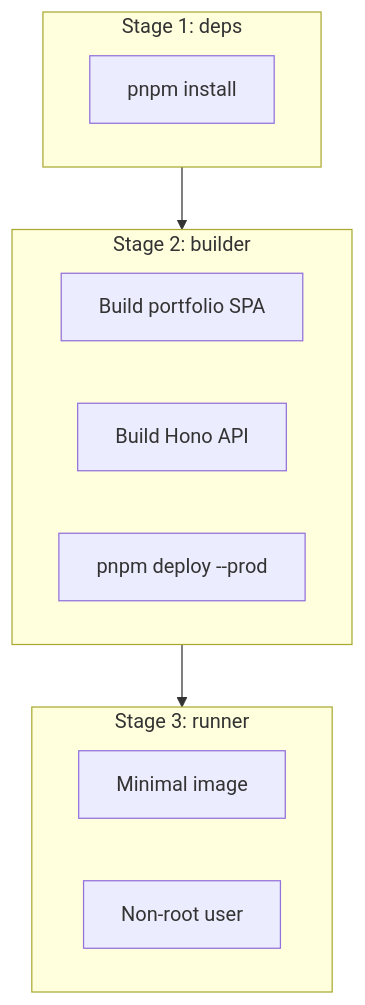
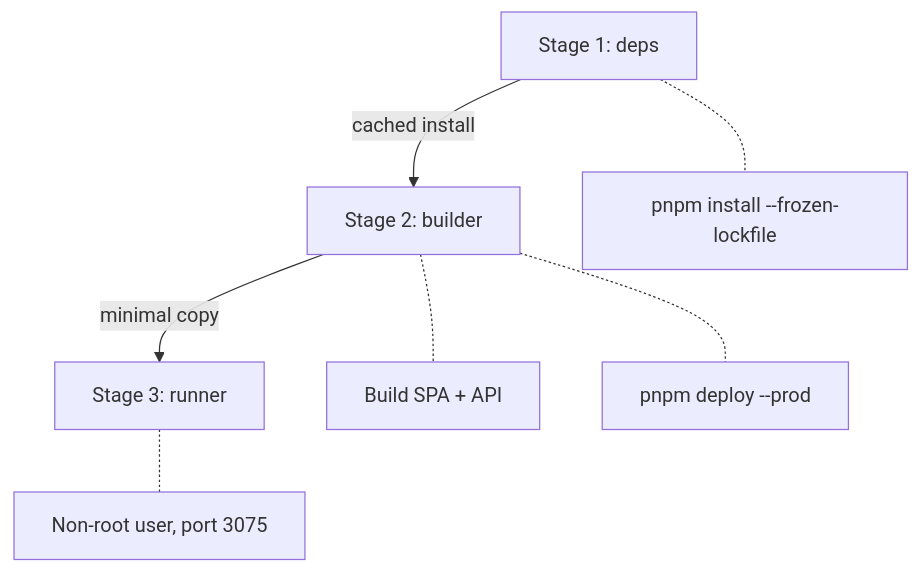
One commit to IsaiaScope/monorepoonfire changed the fourth of 5 diagrams in doc/architecture-overview.md. Above: the diagram before and after it, drawn with Mermaid. The commit also changed other lines of this file and 48 other files, not shown here.

````diff
--- a/doc/architecture-overview.md
+++ b/doc/architecture-overview.md
@@ -141,19 +109,14 @@
 ```mermaid
-flowchart TB
-    subgraph deps["Stage 1: deps"]
-        D1[pnpm install]
-    end
+graph TD
+    D[Stage 1: deps]
+    B[Stage 2: builder]
+    R[Stage 3: runner]
 
-    subgraph builder["Stage 2: builder"]
-        B1[Build portfolio SPA]
-        B2[Build Hono API]
-        B3[pnpm deploy --prod]
-    end
+    D -->|cached install| B
+    B -->|minimal copy| R
 
-    subgraph runner["Stage 3: runner"]
-        R1[Minimal image]
-        R2[Non-root user]
-    end
-
-    deps --> builder --> runner
+    D -.- D1[pnpm install --frozen-lockfile]
+    B -.- B1[Build SPA + API]
+    B -.- B2[pnpm deploy --prod]
+    R -.- R1[Non-root user, port 3075]
 ```
````
